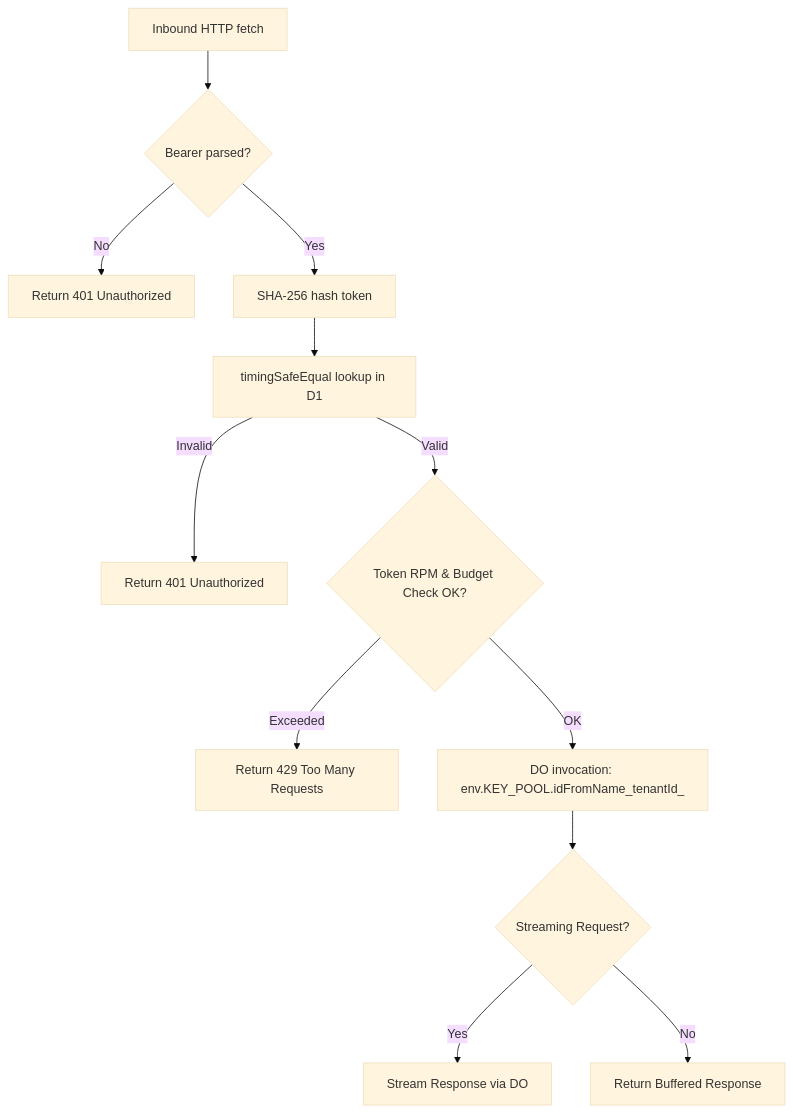
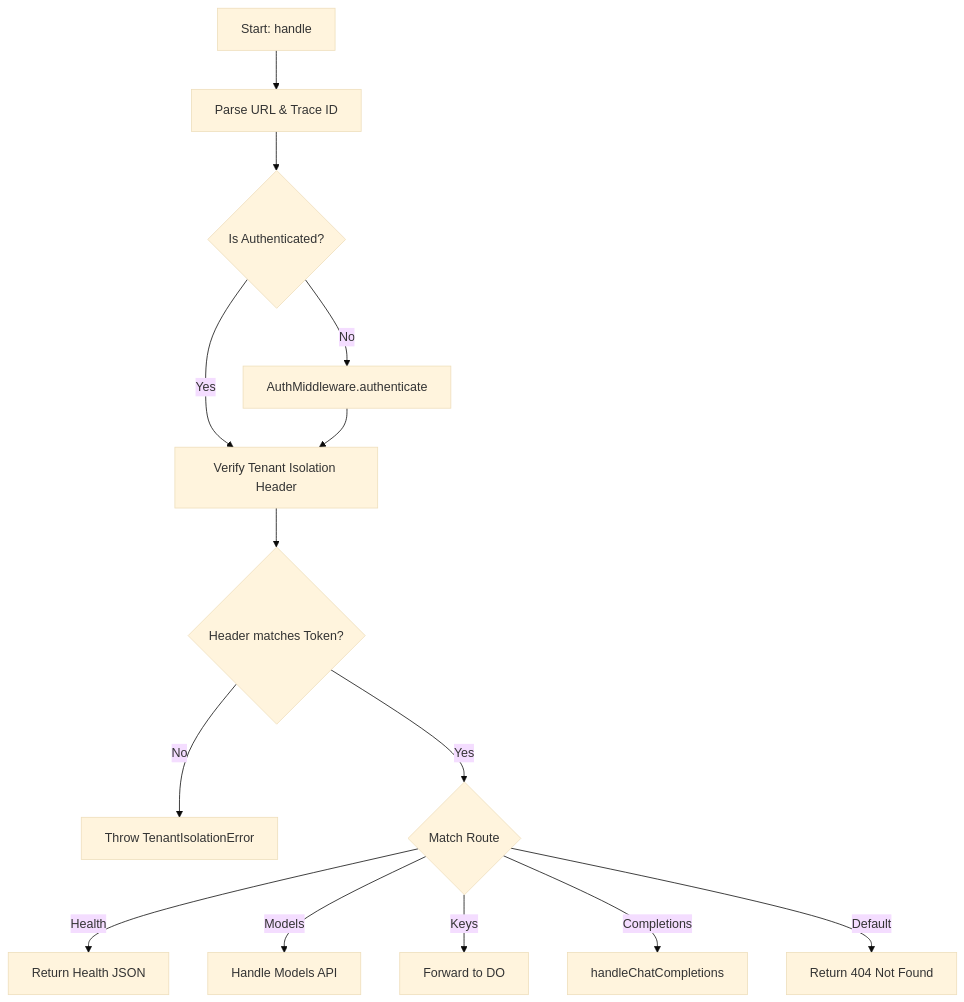
One commit to Axe-08/Key-Collective changed the third of 3 diagrams in docs/codeflow/edge_auth_and_router_handler_cfg.md. Above: the diagram before and after it, drawn with Mermaid (base theme). The commit also changed other lines of this file and 18 other files, not shown here.

````diff
--- a/docs/codeflow/edge_auth_and_router_handler_cfg.md
+++ b/docs/codeflow/edge_auth_and_router_handler_cfg.md
@@ -48,14 +96,16 @@
 ```mermaid
 flowchart TD
-    A[Inbound HTTP fetch] --> B{Bearer parsed?}
-    B -- No --> C[Return 401 Unauthorized]
-    B -- Yes --> D[SHA-256 hash token]
-    D --> E[timingSafeEqual lookup in D1]
-    E -- Invalid --> F[Return 401 Unauthorized]
-    E -- Valid --> G{Token RPM & Budget Check OK?}
-    G -- Exceeded --> H[Return 429 Too Many Requests]
-    G -- OK --> I[DO invocation: env.KEY_POOL.idFromName_tenantId_]
-    I --> J{Streaming Request?}
-    J -- Yes --> K[Stream Response via DO]
-    J -- No --> L[Return Buffered Response]
+    Start[Start: handle] --> ExtractPath[Parse URL & Trace ID]
+    ExtractPath --> CheckAuth{Is Authenticated?}
+    CheckAuth -- No --> DoAuth[AuthMiddleware.authenticate]
+    CheckAuth -- Yes --> VerifyIsolation[Verify Tenant Isolation Header]
+    DoAuth --> VerifyIsolation
+    VerifyIsolation --> IsValid{Header matches Token?}
+    IsValid -- No --> ThrowIsolErr[Throw TenantIsolationError]
+    IsValid -- Yes --> RouteSwitch{Match Route}
+    RouteSwitch -- Health --> RetHealth[Return Health JSON]
+    RouteSwitch -- Models --> RetModels[Handle Models API]
+    RouteSwitch -- Keys --> FwdDO[Forward to DO]
+    RouteSwitch -- Completions --> ChatCompletions[handleChatCompletions]
+    RouteSwitch -- Default --> Ret404[Return 404 Not Found]
 ```
````
